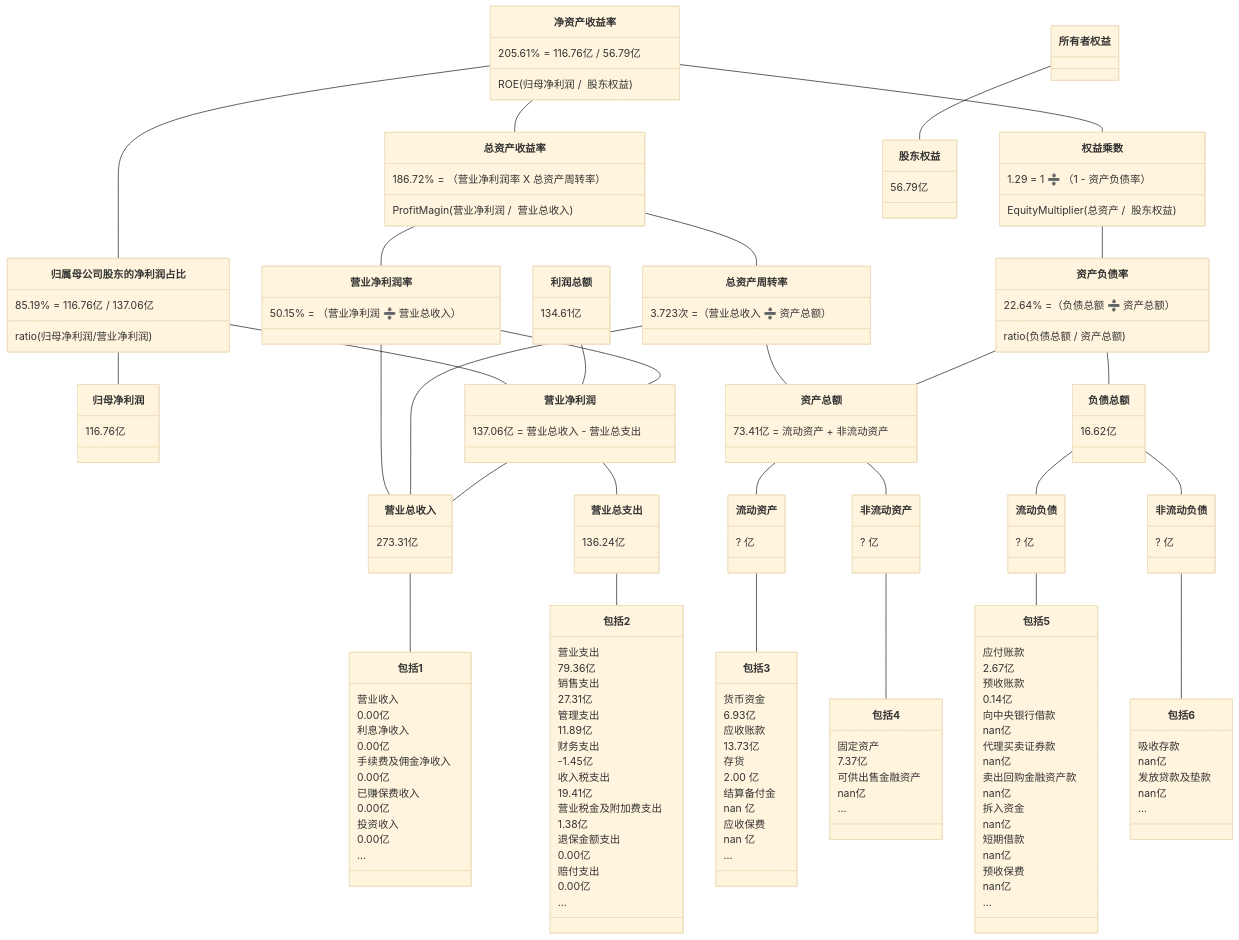
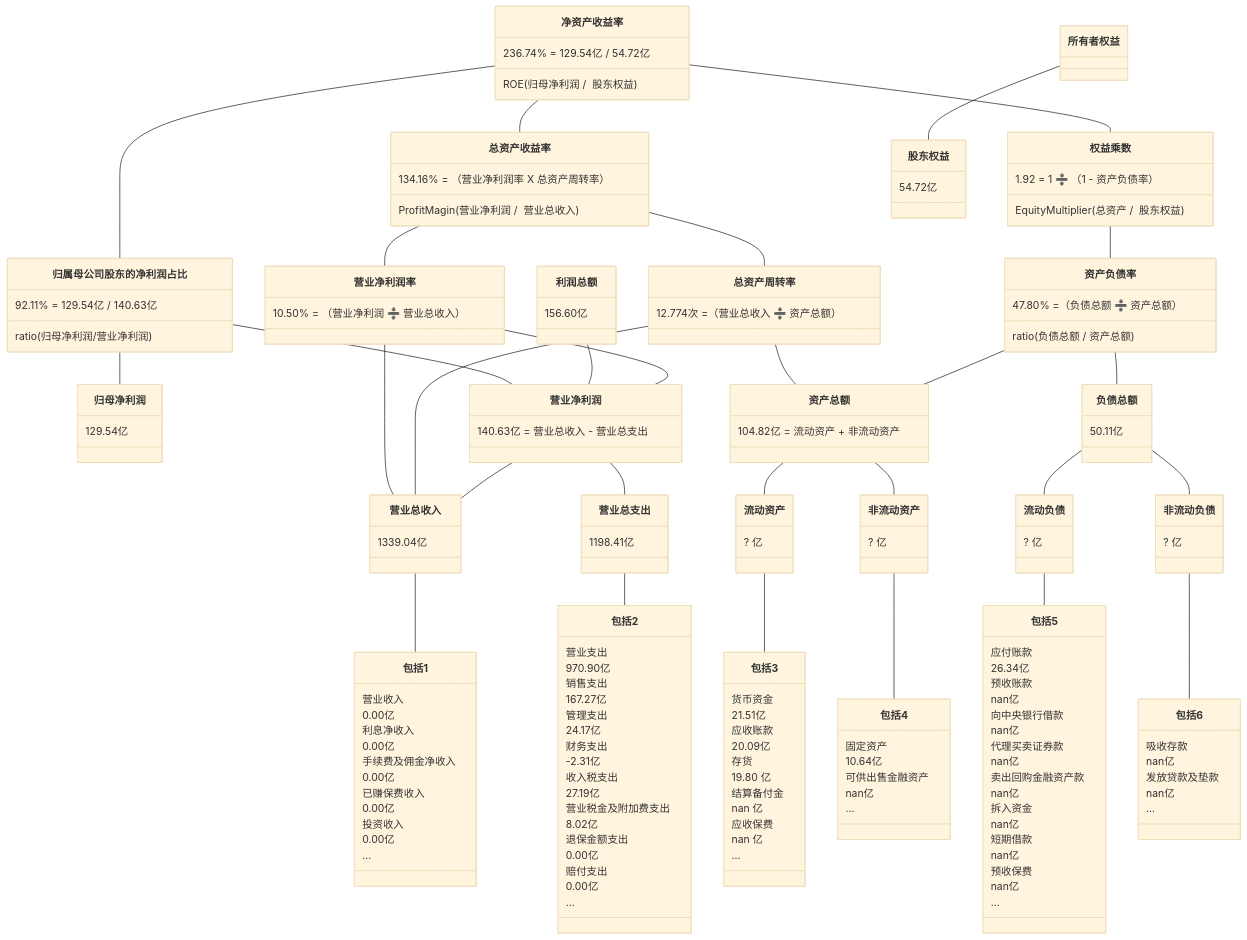
The second of 10 diagrams in 2/2.md (TheVeryDarkness/cs410), drawn with Mermaid (base theme) before and after one commit. The commit also changed other lines of this file and 18 other files, not shown here.

````diff
--- a/2/2.md
+++ b/2/2.md
@@ -175,45 +183,45 @@
 ```mermaid
 classDiagram
 净资产收益率 -- 总资产收益率
-    净资产收益率 : 205.61% = 116.76亿 / 56.79亿
+    净资产收益率 : 236.74% = 129.54亿 / 54.72亿
     净资产收益率 : ROE(归母净利润 /  股东权益)
-    总资产收益率 : 186.72% = （营业净利润率 X 总资产周转率）
+    总资产收益率 : 134.16% = （营业净利润率 X 总资产周转率）
     总资产收益率 : ProfitMagin(营业净利润 /  营业总收入)
 净资产收益率 -- 归属母公司股东的净利润占比
-	  归属母公司股东的净利润占比 : 85.19% = 116.76亿 / 137.06亿
+	  归属母公司股东的净利润占比 : 92.11% = 129.54亿 / 140.63亿
 	  归属母公司股东的净利润占比 : ratio(归母净利润/营业净利润)
 归属母公司股东的净利润占比 -- 归母净利润
-    归母净利润 : 116.76亿
+    归母净利润 : 129.54亿
 归属母公司股东的净利润占比 -- 营业净利润
-利润总额 : 134.61亿
+利润总额 : 156.60亿
 利润总额 -- 营业净利润
 净资产收益率 -- 权益乘数
-    权益乘数 : 1.29 = 1 ➗ （1 - 资产负债率）
+    权益乘数 : 1.92 = 1 ➗ （1 - 资产负债率）
     权益乘数 : EquityMultiplier(总资产 /  股东权益)
 
 总资产收益率 -- 营业净利润率
-    营业净利润率 : 50.15% = （营业净利润 ➗ 营业总收入）
+    营业净利润率 : 10.50% = （营业净利润 ➗ 营业总收入）
 总资产收益率 -- 总资产周转率
-    总资产周转率 : 3.723次 =（营业总收入 ➗ 资产总额）
+    总资产周转率 : 12.774次 =（营业总收入 ➗ 资产总额）
 权益乘数 -- 资产负债率
-    资产负债率  : 22.64% =（负债总额 ➗ 资产总额）
+    资产负债率  : 47.80% =（负债总额 ➗ 资产总额）
     资产负债率  : ratio(负债总额 / 资产总额)
 
 营业净利润率 -- 营业净利润
-    营业净利润 : 137.06亿 = 营业总收入 - 营业总支出
+    营业净利润 : 140.63亿 = 营业总收入 - 营业总支出
 营业净利润率 -- 营业总收入
 总资产周转率 -- 营业总收入
 总资产周转率 -- 资产总额
-    资产总额 : 73.41亿 = 流动资产 + 非流动资产
+    资产总额 : 104.82亿 = 流动资产 + 非流动资产
 资产负债率 -- 负债总额
-    负债总额 : 16.62亿
+    负债总额 : 50.11亿
 资产负债率 -- 资产总额
 
 
 营业净利润 -- 营业总收入
-    营业总收入 : 273.31亿
+    营业总收入 : 1339.04亿
 营业净利润 -- 营业总支出
-    营业总支出 : 136.24亿
+    营业总支出 : 1198.41亿
 资产总额 -- 流动资产
 	  流动资产 : ? 亿
 资产总额 -- 非流动资产
@@ -237,17 +245,17 @@
     包括1 : ...
 营业总支出 -- 包括2
     包括2 : 营业支出
-    包括2 : 79.36亿
+    包括2 : 970.90亿
     包括2 : 销售支出
-    包括2 : 27.31亿
+    包括2 : 167.27亿
     包括2 : 管理支出
-    包括2 : 11.89亿
+    包括2 : 24.17亿
     包括2 : 财务支出
-    包括2 : -1.45亿
+    包括2 : -2.31亿
     包括2 : 收入税支出
-    包括2 : 19.41亿
+    包括2 : 27.19亿
     包括2 : 营业税金及附加费支出
-    包括2 : 1.38亿
+    包括2 : 8.02亿
     包括2 : 退保金额支出
     包括2 : 0.00亿
     包括2 : 赔付支出
@@ -255,11 +263,11 @@
     包括2 : ...
 流动资产 -- 包括3
     包括3 : 货币资金
-    包括3 : 6.93亿
+    包括3 : 21.51亿
     包括3 : 应收账款
-    包括3 : 13.73亿
+    包括3 : 20.09亿
     包括3 : 存货
-    包括3 : 2.00 亿
+    包括3 : 19.80 亿
     包括3 : 结算备付金
     包括3 : nan 亿
     包括3 : 应收保费
@@ -267,15 +275,15 @@
     包括3 : ...
 非流动资产 -- 包括4
     包括4 : 固定资产
-    包括4 : 7.37亿
+    包括4 : 10.64亿
     包括4 : 可供出售金融资产
     包括4 : nan亿
     包括4 : ...
 流动负债 -- 包括5
     包括5 : 应付账款
-    包括5 : 2.67亿
+    包括5 : 26.34亿
     包括5 : 预收账款
-    包括5 : 0.14亿
+    包括5 : nan亿
     包括5 : 向中央银行借款
     包括5 : nan亿
     包括5 : 代理买卖证券款
@@ -296,5 +304,5 @@
     包括6 : nan亿
     包括6 : ...
 所有者权益 -- 股东权益
-    股东权益 : 56.79亿
+    股东权益 : 54.72亿
 ```
````
